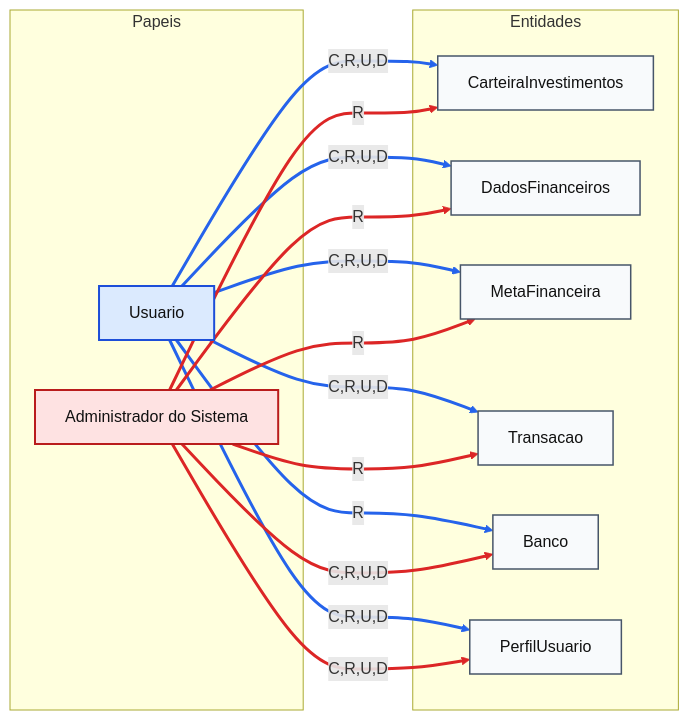
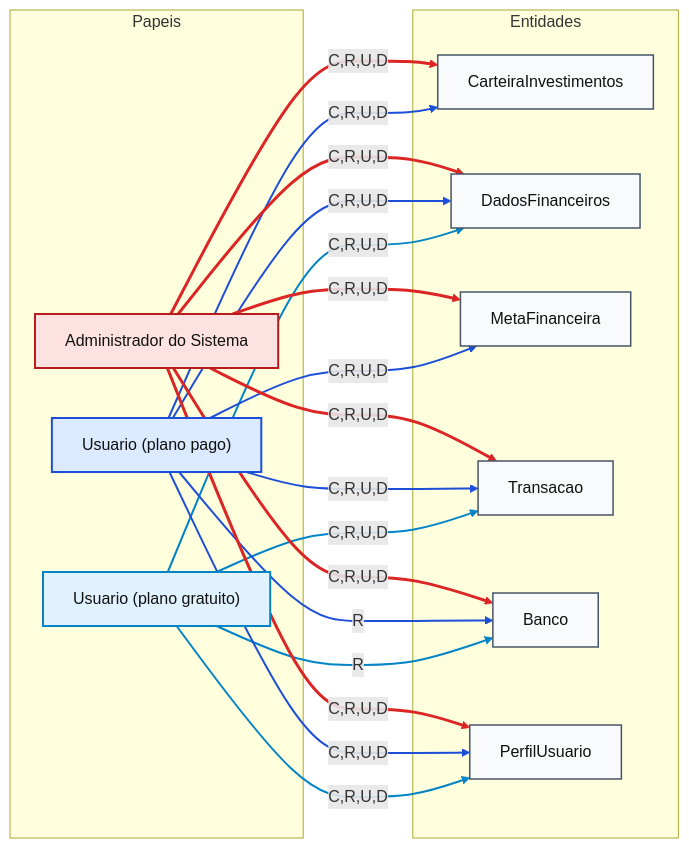
The diagram in documentation/matriz-crud.md (BolsoDireitoTeam/BolsoDireito), drawn with Mermaid before and after one commit. The commit also changed other lines of this file and 8 other files, not shown here.

First line of the commit message:
docs: atualização das matrizes e do diagrama de casos de uso

````diff
--- a/documentation/matriz-crud.md
+++ b/documentation/matriz-crud.md
@@ -12,57 +13,58 @@
 ```mermaid
 flowchart LR
   %% Papeis
   subgraph PAP["Papeis"]
-    U["Usuario"]
+    UGF["Usuario (plano gratuito)"]
+    UPG["Usuario (plano pago)"]
     A["Administrador do Sistema"]
   end
 
   %% Entidades
   subgraph ENT["Entidades"]
     CI["CarteiraInvestimentos"]
     DF["DadosFinanceiros"]
     MF["MetaFinanceira"]
     TR["Transacao"]
     BC["Banco"]
     PU["PerfilUsuario"]
   end
 
-  %% Permissoes - Usuario
-  U -->|C,R,U,D| CI
-  U -->|C,R,U,D| DF
-  U -->|C,R,U,D| MF
-  U -->|C,R,U,D| TR
-  U -->|R| BC
-  U -->|C,R,U,D| PU
+  %% Permissoes - Usuario (plano gratuito)
+
+  UGF -->|C,R,U,D| DF
+  UGF -->|C,R,U,D| TR
+  UGF -->|R| BC
+  UGF -->|C,R,U,D| PU
+
+  %% Permissoes - Usuario (plano pago)
+  UPG -->|C,R,U,D| CI
+  UPG -->|C,R,U,D| DF
+  UPG -->|C,R,U,D| MF
+  UPG -->|C,R,U,D| TR
+  UPG -->|R| BC
+  UPG -->|C,R,U,D| PU
 
   %% Permissoes - Administrador do Sistema
-  A -->|R| CI
-  A -->|R| DF
-  A -->|R| MF
-  A -->|R| TR
+  A -->|C,R,U,D| CI
+  A -->|C,R,U,D| DF
+  A -->|C,R,U,D| MF
+  A -->|C,R,U,D| TR
   A -->|C,R,U,D| BC
   A -->|C,R,U,D| PU
 
   %% Estilo visual
-  classDef usuario fill:#dbeafe,stroke:#1d4ed8,stroke-width:2px,color:#111;
+  classDef usuarioGratuito fill:#e0f2fe,stroke:#0284c7,stroke-width:2px,color:#111;
+  classDef usuarioPago fill:#dbeafe,stroke:#1d4ed8,stroke-width:2px,color:#111;
   classDef admin fill:#fee2e2,stroke:#b91c1c,stroke-width:2px,color:#111;
   classDef entidade fill:#f8fafc,stroke:#475569,stroke-width:1.5px,color:#111;
 
-  class U usuario;
+  class UGF usuarioGratuito;
+  class UPG usuarioPago;
   class A admin;
   class CI,DF,MF,TR,BC,PU entidade;
 
-  %% Links 0-5: Usuario | Links 6-11: Administrador
-  linkStyle 0 stroke:#2563eb,stroke-width:3px;
-  linkStyle 1 stroke:#2563eb,stroke-width:3px;
-  linkStyle 2 stroke:#2563eb,stroke-width:3px;
-  linkStyle 3 stroke:#2563eb,stroke-width:3px;
-  linkStyle 4 stroke:#2563eb,stroke-width:3px;
-  linkStyle 5 stroke:#2563eb,stroke-width:3px;
-  linkStyle 6 stroke:#dc2626,stroke-width:3px;
-  linkStyle 7 stroke:#dc2626,stroke-width:3px;
-  linkStyle 8 stroke:#dc2626,stroke-width:3px;
-  linkStyle 9 stroke:#dc2626,stroke-width:3px;
-  linkStyle 10 stroke:#dc2626,stroke-width:3px;
-  linkStyle 11 stroke:#dc2626,stroke-width:3px;
+  %% Link colors
+  linkStyle 0,1,2,3 stroke:#0284c7,stroke-width:2px;
+  linkStyle 4,5,6,7,8,9 stroke:#1d4ed8,stroke-width:2px;
+  linkStyle 10,11,12,13,14,15 stroke:#dc2626,stroke-width:3px;
 ```
````
